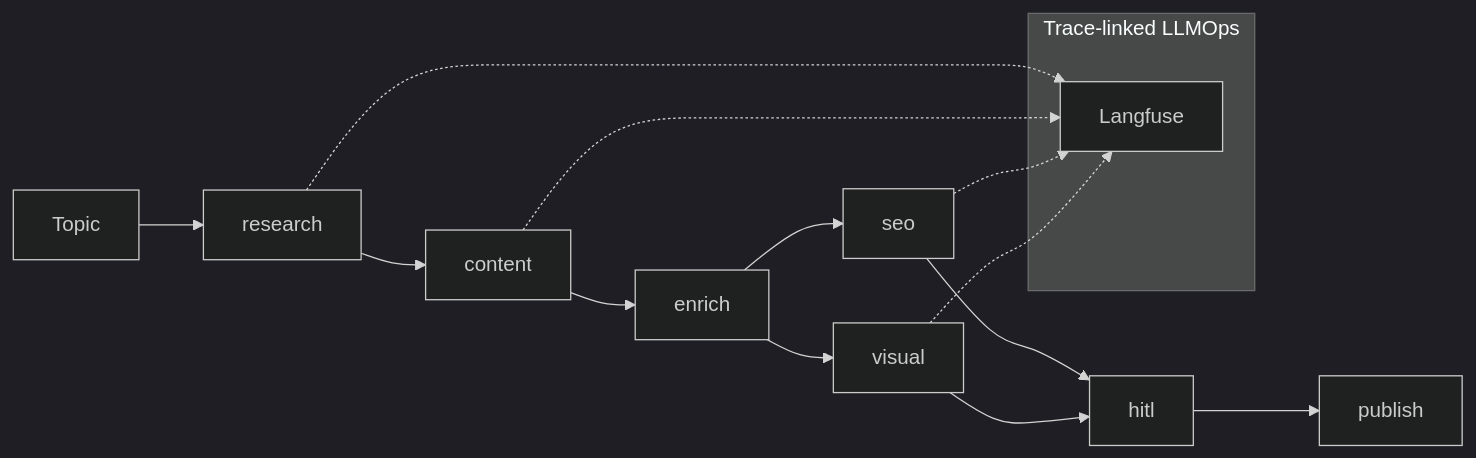
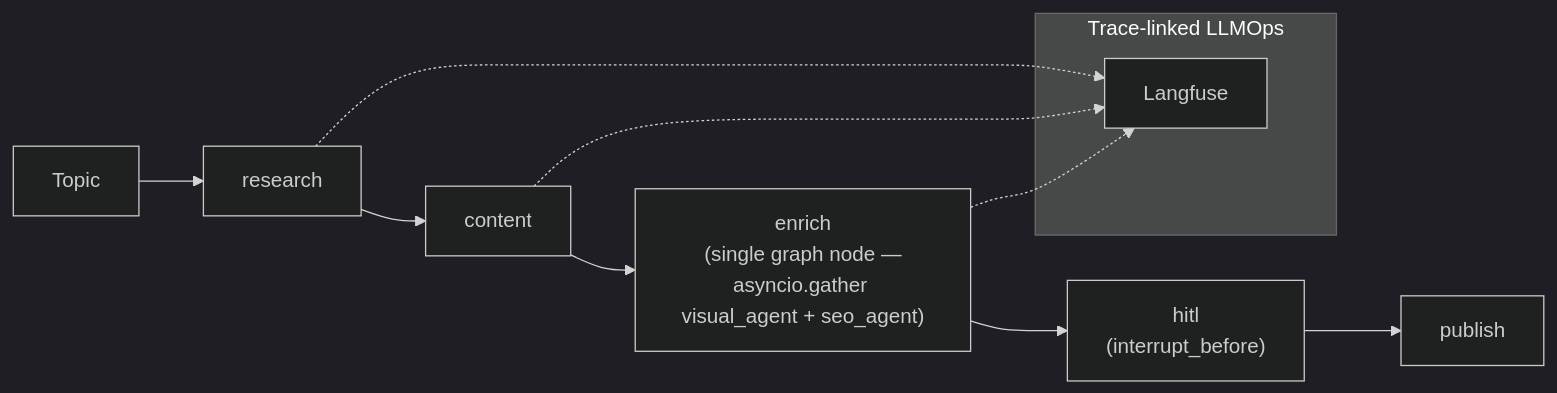
One commit to vpeetla-ai/ai-content-factory changed the diagram in docs/ARCHITECTURE.md. Above: the diagram before and after it, drawn with Mermaid (dark theme). The commit also changed other lines of this file, not shown here.

````diff
--- a/docs/ARCHITECTURE.md
+++ b/docs/ARCHITECTURE.md
@@ -22,14 +22,12 @@
 ```mermaid
 flowchart LR
     T[Topic] --> R[research]
     R --> C[content]
-    C --> E[enrich]
-    E --> S[seo]
-    E --> V[visual]
-    S & V --> H[hitl]
+    C --> E["enrich<br/>(single graph node —<br/>asyncio.gather visual_agent + seo_agent)"]
+    E --> H["hitl<br/>(interrupt_before)"]
     H --> P[publish]
     subgraph Obs["Trace-linked LLMOps"]
         LF[Langfuse]
     end
-    R & C & S & V -.-> LF
+    R & C & E -.-> LF
 ```
````
